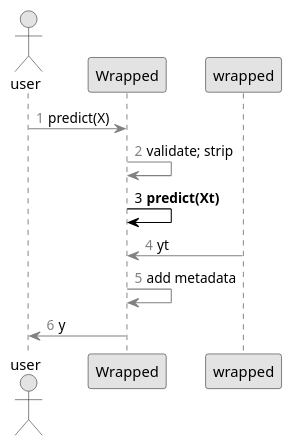
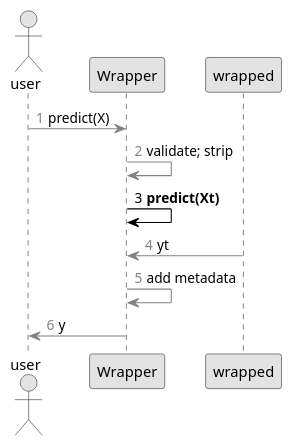
The diagram in ibex_pres/wrapper_wrapped_delegation_seq_three.plantuml (atavory/atavory.github.io), drawn with PlantUML before and after one commit. The commit also changed 19 other files, not shown here.

```diff
--- a/ibex_pres/wrapper_wrapped_delegation_seq_three.plantuml
+++ b/ibex_pres/wrapper_wrapped_delegation_seq_three.plantuml
@@ -1,22 +1,22 @@
 @startuml
 
 skinparam monochrome true
 skinparam shadowing false
 
 actor user
 
-participant Wrapped
+participant Wrapper
 
 participant wrapped
 
 autonumber 1 "<font color=grey>"
-user -[#grey]> Wrapped : predict(X)
-Wrapped -[#grey]> Wrapped : validate; strip
+user -[#grey]> Wrapper : predict(X)
+Wrapper -[#grey]> Wrapper : validate; strip
 autonumber 3 "<font color=black>"
-Wrapped -[#black]> Wrapped : **predict(Xt)**
+Wrapper -[#black]> Wrapper : **predict(Xt)**
 autonumber 4 "<font color=grey>"
-wrapped -[#grey]> Wrapped : yt
-Wrapped -[#grey]> Wrapped : add metadata
-Wrapped -[#grey]> user : y
+wrapped -[#grey]> Wrapper : yt
+Wrapper -[#grey]> Wrapper : add metadata
+Wrapper -[#grey]> user : y
 
 @enduml
```
